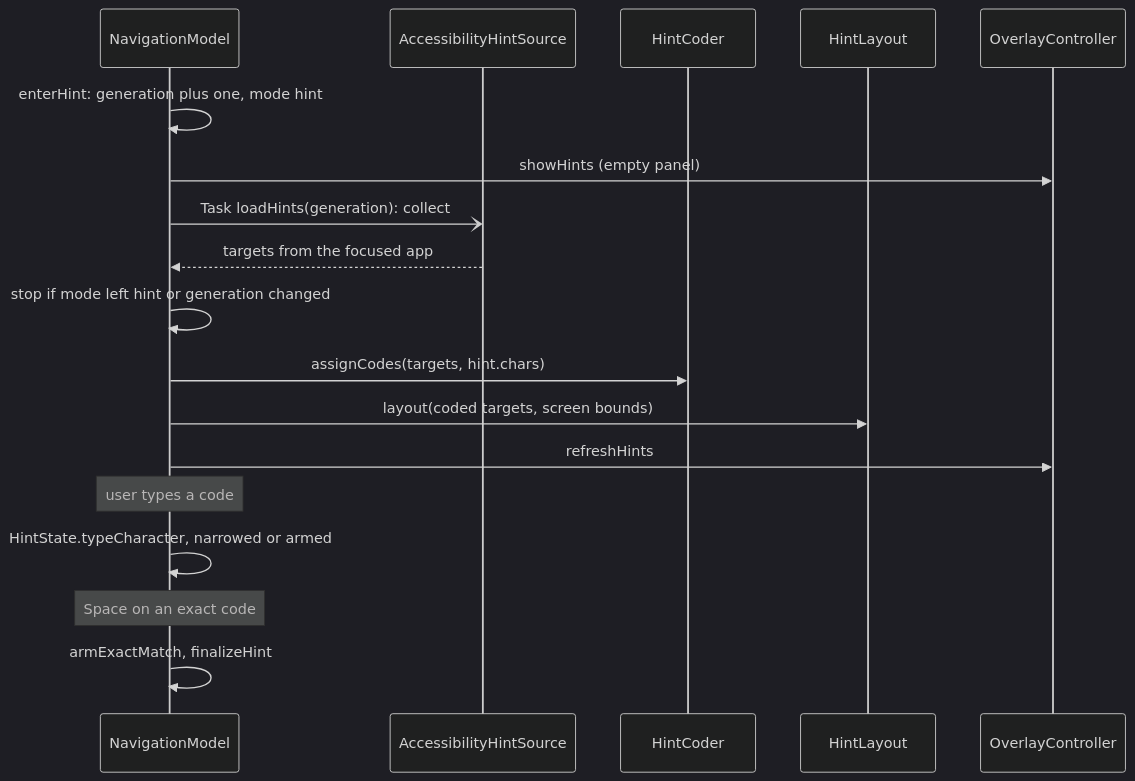
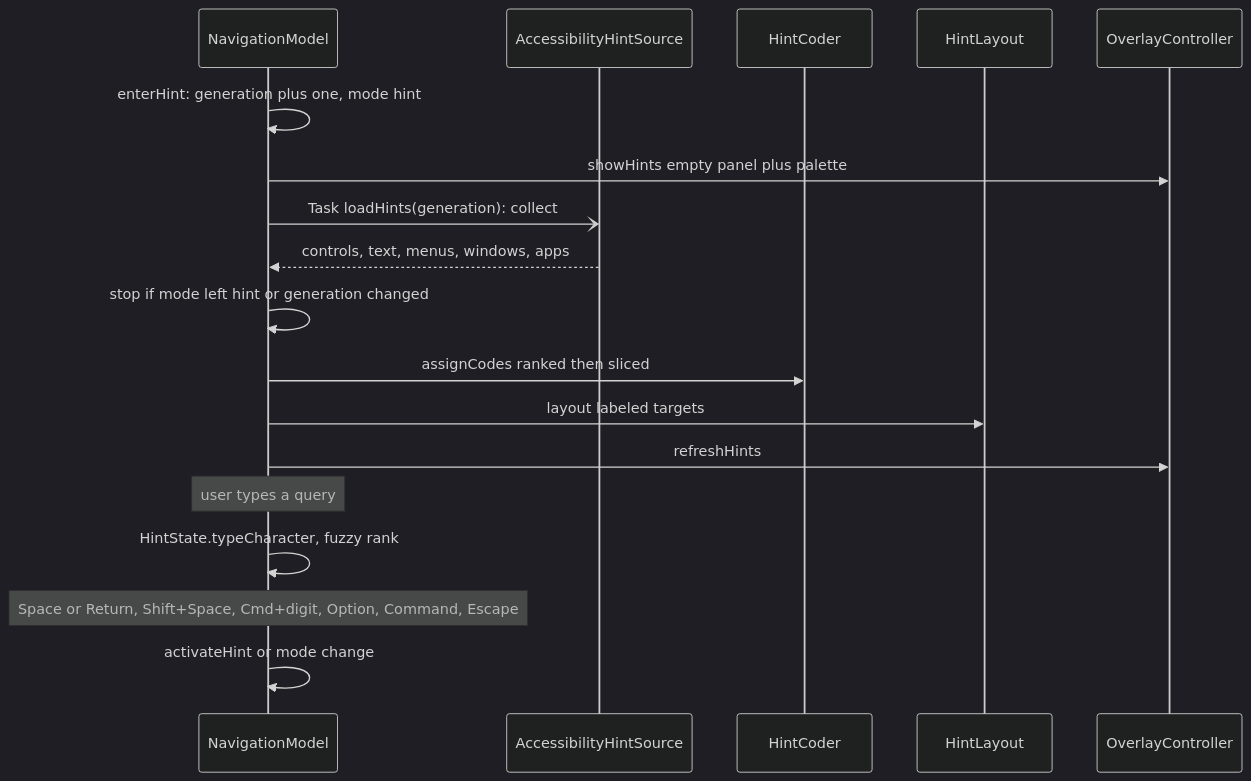
Before and after one commit to marchellll/unmouse: the seventh of 13 diagrams in docs/architecture.md, drawn with Mermaid (dark theme). The commit also changed other lines of this file and 30 other files, not shown here.

Commit message:
feat: enhance the hint mode

````diff
--- a/docs/architecture.md
+++ b/docs/architecture.md
@@ -223,21 +223,21 @@
 ```mermaid
 sequenceDiagram
     participant N as NavigationModel
     participant AX as AccessibilityHintSource
     participant HC as HintCoder
     participant HL as HintLayout
     participant O as OverlayController
 
     N->>N: enterHint: generation plus one, mode hint
-    N->>O: showHints (empty panel)
+    N->>O: showHints empty panel plus palette
     N-)AX: Task loadHints(generation): collect
-    AX-->>N: targets from the focused app
+    AX-->>N: controls, text, menus, windows, apps
     N->>N: stop if mode left hint or generation changed
-    N->>HC: assignCodes(targets, hint.chars)
-    N->>HL: layout(coded targets, screen bounds)
+    N->>HC: assignCodes ranked then sliced
+    N->>HL: layout labeled targets
     N->>O: refreshHints
-    Note over N: user types a code
-    N->>N: HintState.typeCharacter, narrowed or armed
-    Note over N: Space on an exact code
-    N->>N: armExactMatch, finalizeHint
+    Note over N: user types a query
+    N->>N: HintState.typeCharacter, fuzzy rank
+    Note over N: Space or Return, Shift+Space, Cmd+digit, Option, Command, Escape
+    N->>N: activateHint or mode change
 ```
````
